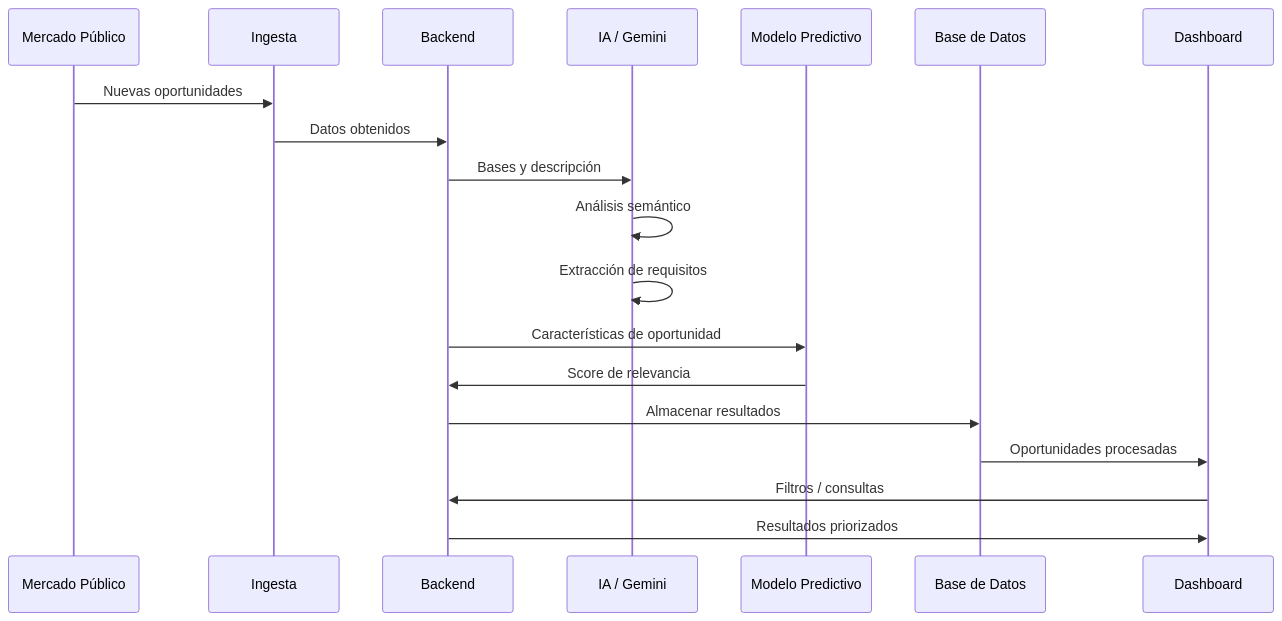
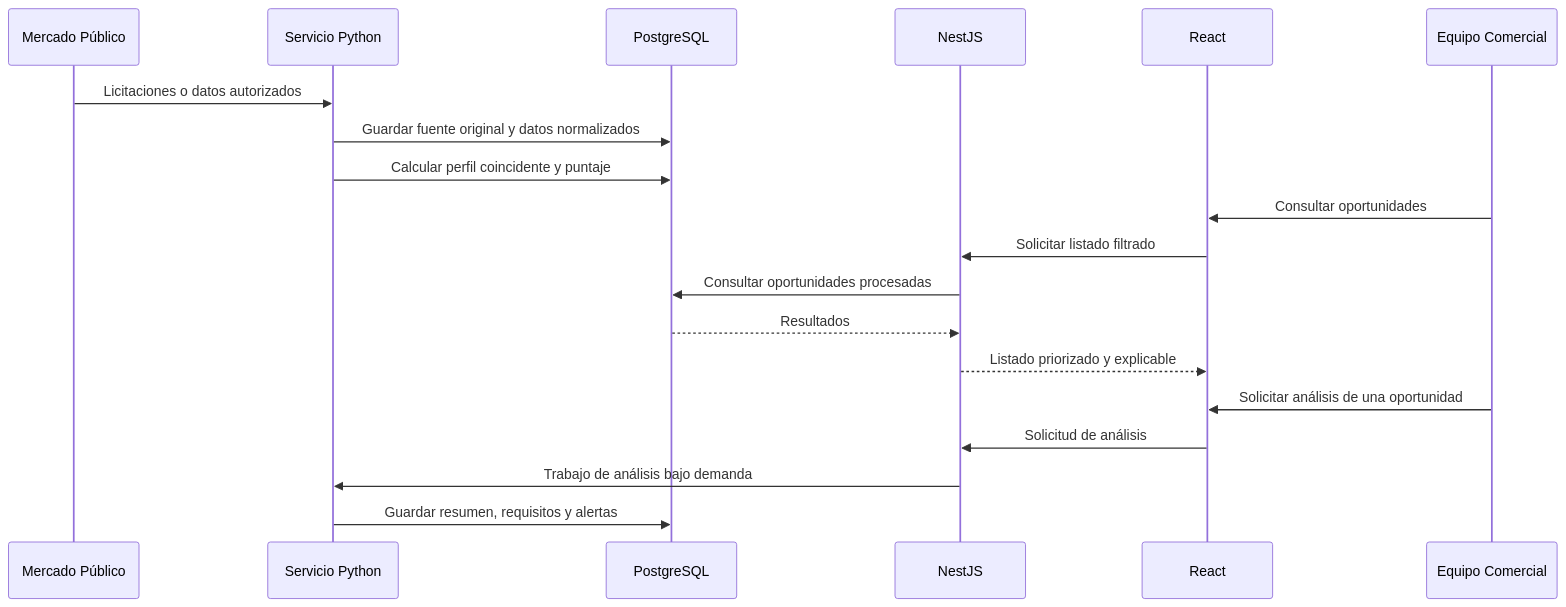
The second of 2 diagrams in README.md (Thleighton/Capstone-Licing), drawn with Mermaid before and after one commit. The commit also changed other lines of this file, not shown here.

````diff
--- a/README.md
+++ b/README.md
@@ -127,27 +103,22 @@
 ```mermaid
 sequenceDiagram
+    participant MP as Mercado Público
+    participant INT as Servicio Python
+    participant DB as PostgreSQL
+    participant API as NestJS
+    participant UI as React
+    participant USER as Equipo Comercial
 
-    participant MP as Mercado Público
-    participant ING as Ingesta
-    participant API as Backend
-    participant AI as IA / Gemini
-    participant ML as Modelo Predictivo
-    participant DB as Base de Datos
-    participant UI as Dashboard
-
-    MP->>ING: Nuevas oportunidades
-    ING->>API: Datos obtenidos
-
-    API->>AI: Bases y descripción
-    AI->>AI: Análisis semántico
-    AI->>AI: Extracción de requisitos
-
-    API->>ML: Características de oportunidad
-    ML->>API: Score de relevancia
-
-    API->>DB: Almacenar resultados
-    DB->>UI: Oportunidades procesadas
-
-    UI->>API: Filtros / consultas
-    API->>UI: Resultados priorizados
+    MP->>INT: Licitaciones o datos autorizados
+    INT->>DB: Guardar fuente original y datos normalizados
+    INT->>DB: Calcular perfil coincidente y puntaje
+    USER->>UI: Consultar oportunidades
+    UI->>API: Solicitar listado filtrado
+    API->>DB: Consultar oportunidades procesadas
+    DB-->>API: Resultados
+    API-->>UI: Listado priorizado y explicable
+    USER->>UI: Solicitar análisis de una oportunidad
+    UI->>API: Solicitud de análisis
+    API->>INT: Trabajo de análisis bajo demanda
+    INT->>DB: Guardar resumen, requisitos y alertas
 ```
````
